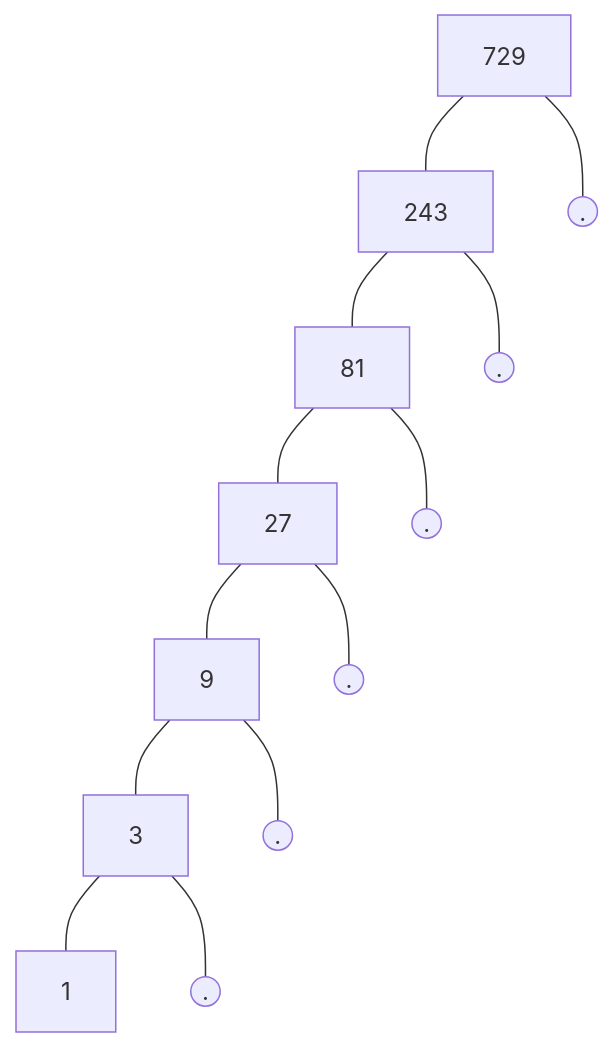
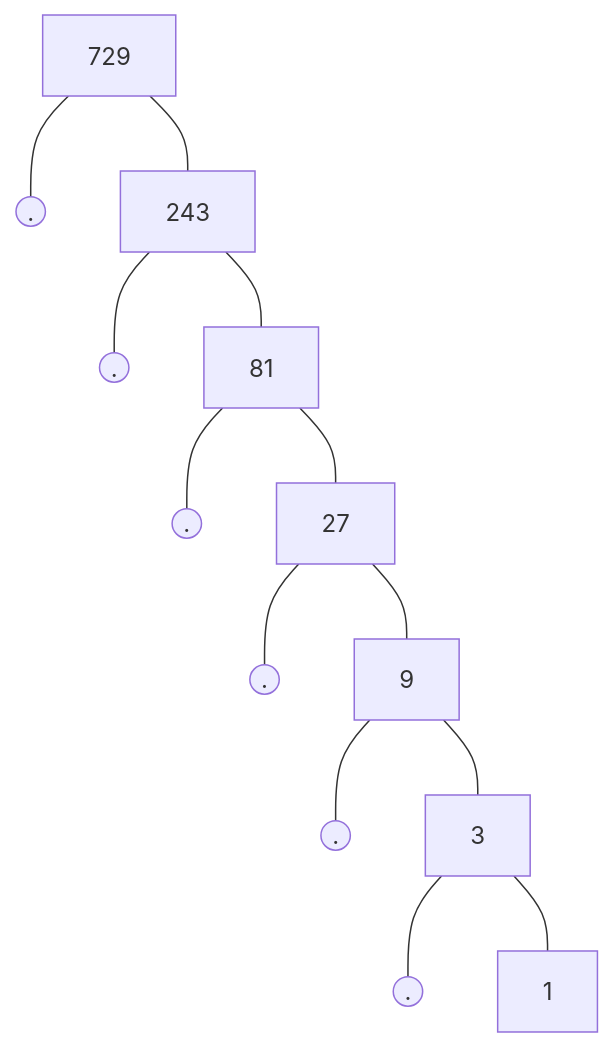
One commit to zeerre/PLC changed the seventh of 7 diagrams in C-C++/algorithembook/AlgorithmCompetitionBeginnersClassicTrainingGuide/README.MD. Above: the diagram before and after it, drawn with Mermaid. The commit also changed other lines of this file, not shown here.

````diff
--- a/C-C++/algorithembook/AlgorithmCompetitionBeginnersClassicTrainingGuide/README.MD
+++ b/C-C++/algorithembook/AlgorithmCompetitionBeginnersClassicTrainingGuide/README.MD
@@ -2170,15 +2170,15 @@
 ```mermaid
 graph TD
+	  A---B1((.));
 	  A[729]---B[243];
-	  A---B1((.));
+	  B---C1((.));
 	  B---C[81];
-	  B---C1((.));
+	  C---D1((.));
 	  C---D[27];
-	  C---D1((.));
+	  D---E1((.));
 	  D---E[9];
-	  D---E1((.));
+	  E---F1((.));
 	  E---F[3];
-	  E---F1((.));
+	  F---G1((.));
 	  F---G[1];
-	  F---G1((.));
 ```
````
